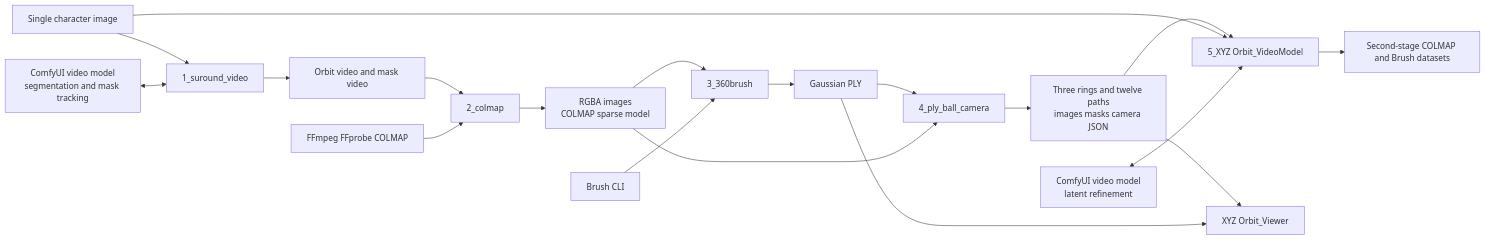
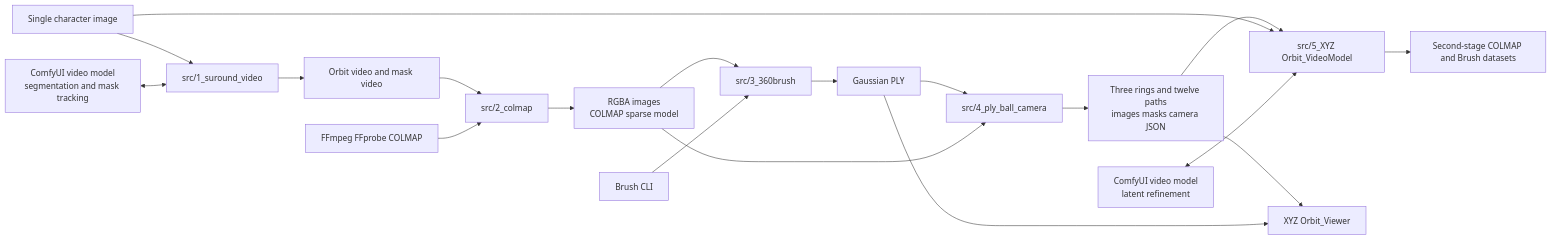
Before and after one commit to gkwang4912/VideoSplat: the first of 3 diagrams in README_EN.md, drawn with Mermaid. The commit also changed other lines of this file and 48 other files, not shown here.

````diff
--- a/README_EN.md
+++ b/README_EN.md
@@ -38,21 +47,21 @@
 ```mermaid
 flowchart LR
-    A[Single character image] --> S1[1_suround_video]
+    A[Single character image] --> S1[src/1_suround_video]
     VM1[ComfyUI video model<br/>segmentation and mask tracking] <--> S1
     S1 --> V1[Orbit video and mask video]
-    V1 --> S2[2_colmap]
+    V1 --> S2[src/2_colmap]
     EXT1[FFmpeg FFprobe COLMAP] --> S2
     S2 --> D1[RGBA images<br/>COLMAP sparse model]
-    D1 --> S3[3_360brush]
+    D1 --> S3[src/3_360brush]
     EXT2[Brush CLI] --> S3
     S3 --> PLY[Gaussian PLY]
-    PLY --> S4[4_ply_ball_camera]
+    PLY --> S4[src/4_ply_ball_camera]
     D1 --> S4
     S4 --> CAM[Three rings and twelve paths<br/>images masks camera JSON]
-    CAM --> S5[5_XYZ Orbit_VideoModel]
+    CAM --> S5[src/5_XYZ Orbit_VideoModel]
     A --> S5
     VM2[ComfyUI video model<br/>latent refinement] <--> S5
     S5 --> D2[Second-stage COLMAP and Brush datasets]
     CAM --> VIEW[XYZ Orbit_Viewer]
     PLY --> VIEW
 ```
````
